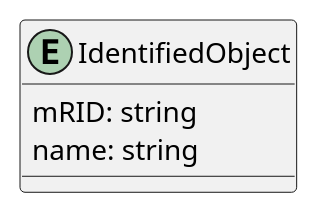
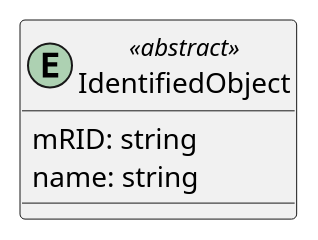
The diagram in diagrams/energy-grid/energy-grid-common.puml (HenriKCorrea/agentwin-knowledge-graph), drawn with PlantUML before and after one commit. The commit also changed 8 other files, not shown here.

Commit message:
feat: enhance entity definitions with context and key decisions for VoltageLevel, CustomerLoad, EquivalentLoad, and others in energy grid diagrams

```diff
--- a/diagrams/energy-grid/energy-grid-common.puml
+++ b/diagrams/energy-grid/energy-grid-common.puml
@@ -1,12 +1,12 @@
 @startuml Energy Grid Common
 
 ' This is a root class to provide common identification for all classes needing identification and naming attributes.
-entity IdentifiedObject {
+entity IdentifiedObject <<abstract>> {
     ' description: string /' The description is a free human readable text describing or naming the object. It may be non unique and may not correlate to a naming hierarchy. '/
     mRID: string /' Master resource identifier issued by a model authority. The mRID is unique within an exchange context. Global uniqueness is easily achieved by using a UUID, as specified in RFC 4122, for the mRID. The use of UUID is strongly recommended. For CIMXML data files in RDF syntax conforming to IEC 61970-552, the mRID is mapped to rdf:ID or rdf:about attributes that identify CIM object elements. '/
     name: string /' The name is any free human readable and possibly non unique text naming the object. '/
     ' energyIdentCodeEic: string /' The attribute is used for an exchange of the EIC code (Energy identification Code). The length of the string is 16 characters as defined by the EIC code. For details on EIC scheme please refer to ENTSO-E web site. '/
     ' shortName: string /' The attribute is used for an exchange of a human readable short name with length of the string 12 characters maximum. '/
 }
 
 @enduml
```
